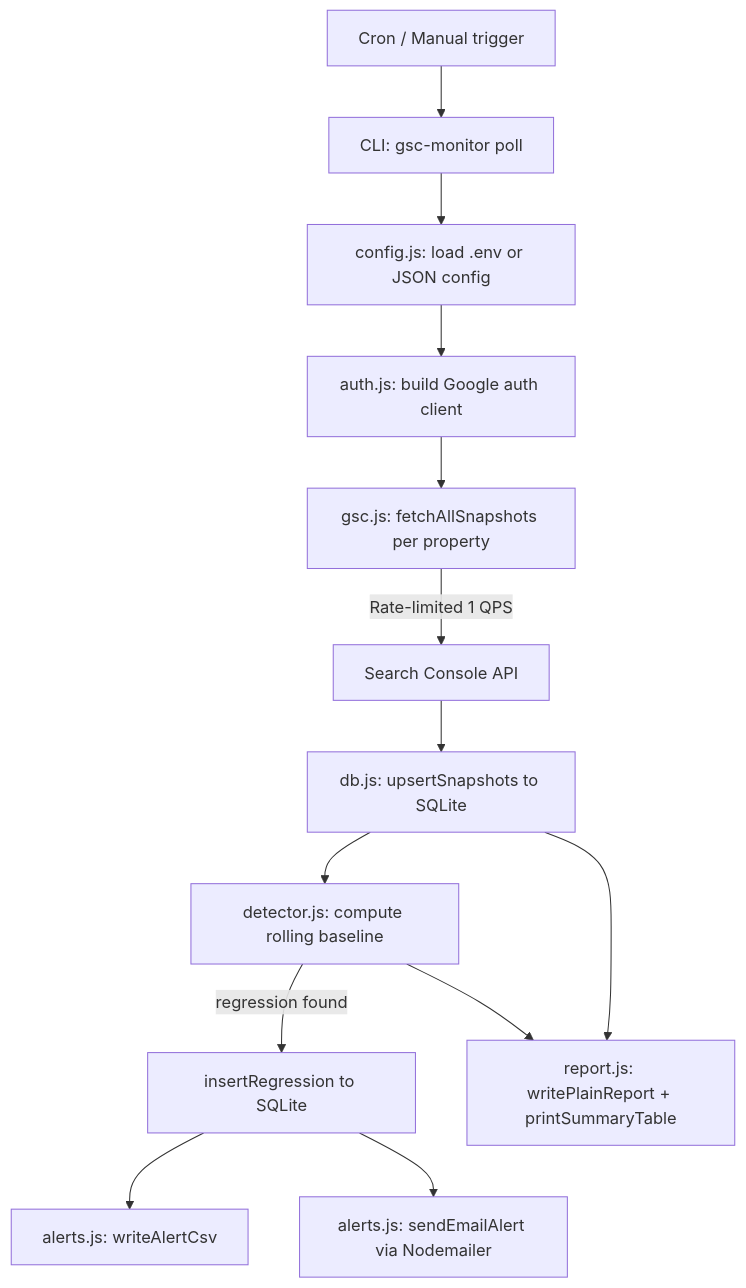
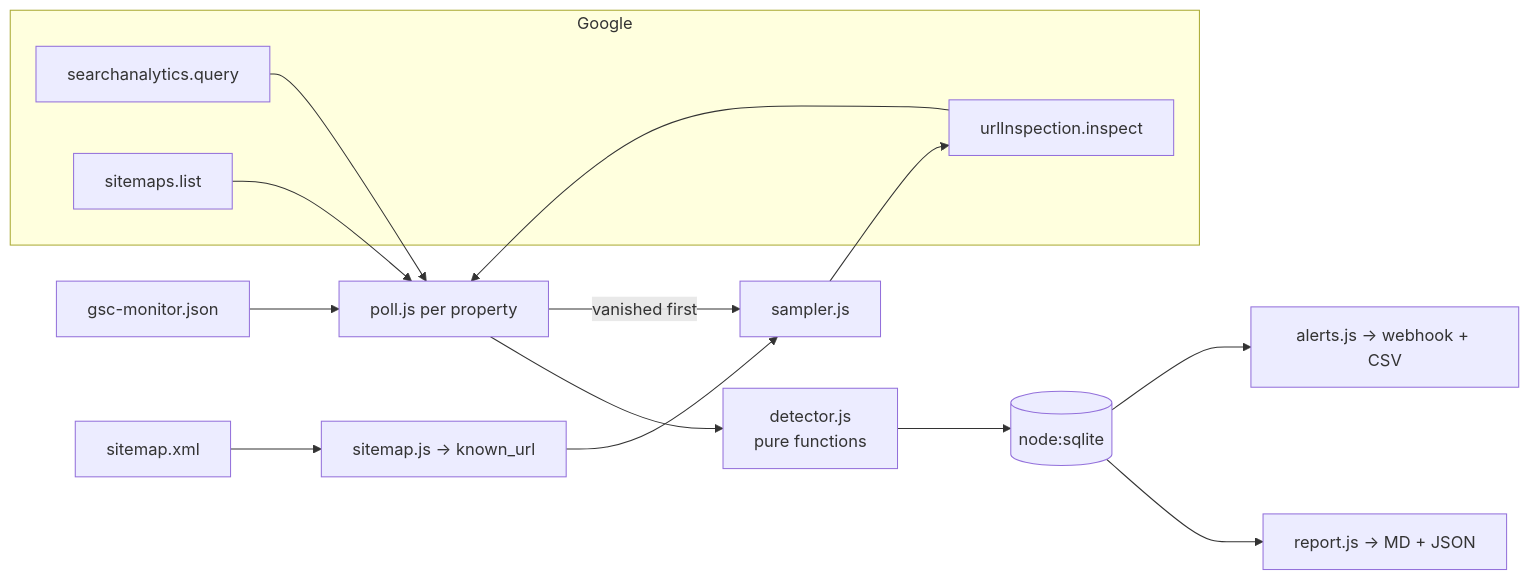
The diagram in README.md (mehranmoghadasi/gsc-coverage-monitor), drawn with Mermaid before and after one commit. The commit also changed other lines of this file and 7 other files, not shown here.

Commit message:
docs: v2 README with prior-art comparison and honest limitations, architecture/usage docs, credential-free demo, CI workflow

````diff
--- a/README.md
+++ b/README.md
@@ -77,15 +68,19 @@
 ```mermaid
-flowchart TD
-    A[Cron / Manual trigger] --> B[CLI: gsc-monitor poll]
-    B --> C[config.js: load .env or JSON config]
-    C --> D[auth.js: build Google auth client]
-    D --> E[gsc.js: fetchAllSnapshots per property]
-    E -->|Rate-limited 1 QPS| F[Search Console API]
-    F --> G[db.js: upsertSnapshots to SQLite]
-    G --> H[detector.js: compute rolling baseline]
-    H -->|regression found| I[insertRegression to SQLite]
-    I --> J[alerts.js: writeAlertCsv]
-    I --> K[alerts.js: sendEmailAlert via Nodemailer]
-    H --> L[report.js: writePlainReport + printSummaryTable]
-    G --> L
+flowchart LR
+    CFG[gsc-monitor.json] --> P[poll.js per property]
+    subgraph Google
+      SA[searchanalytics.query]
+      SM[sitemaps.list]
+      UI[urlInspection.inspect]
+    end
+    XML[sitemap.xml] --> SEED[sitemap.js → known_url]
+    SA --> P
+    SM --> P
+    P -->|vanished first| SAMP[sampler.js]
+    SEED --> SAMP
+    SAMP --> UI --> P
+    P --> DET[detector.js<br/>pure functions]
+    DET --> DB[(node:sqlite)]
+    DB --> AL[alerts.js → webhook + CSV]
+    DB --> RP[report.js → MD + JSON]
 ```
````
